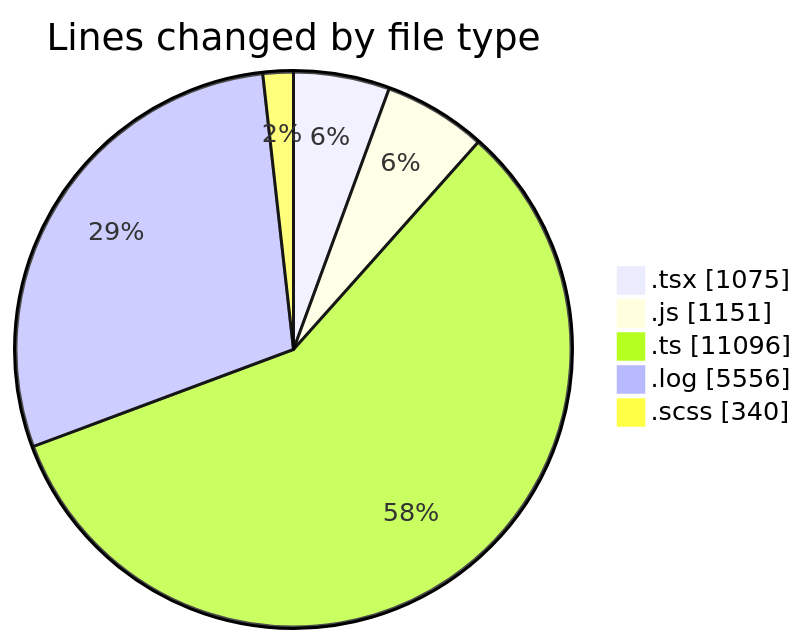
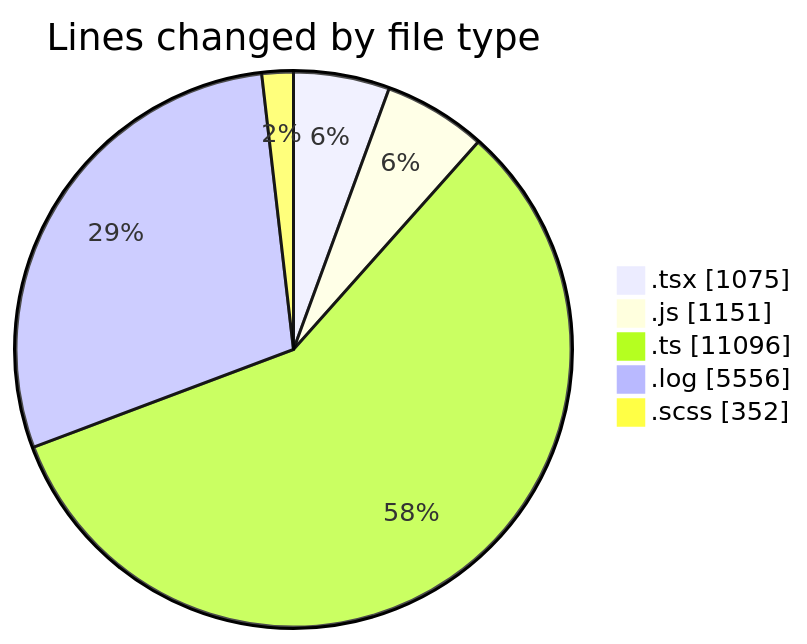
Before and after one commit to momahboobian/code-tracking: the first of 2 diagrams in 2026-04-09/cda/README.md, drawn with Mermaid. The commit also changed other lines of this file and 1 other file, not shown here.

````diff
--- a/2026-04-09/cda/README.md
+++ b/2026-04-09/cda/README.md
@@ -32,9 +32,9 @@
 ```mermaid
 pie showData
 title Lines changed by file type
 ".tsx" : 1075
 ".js" : 1151
 ".ts" : 11096
 ".log" : 5556
-".scss" : 340
+".scss" : 352
 ```
````
